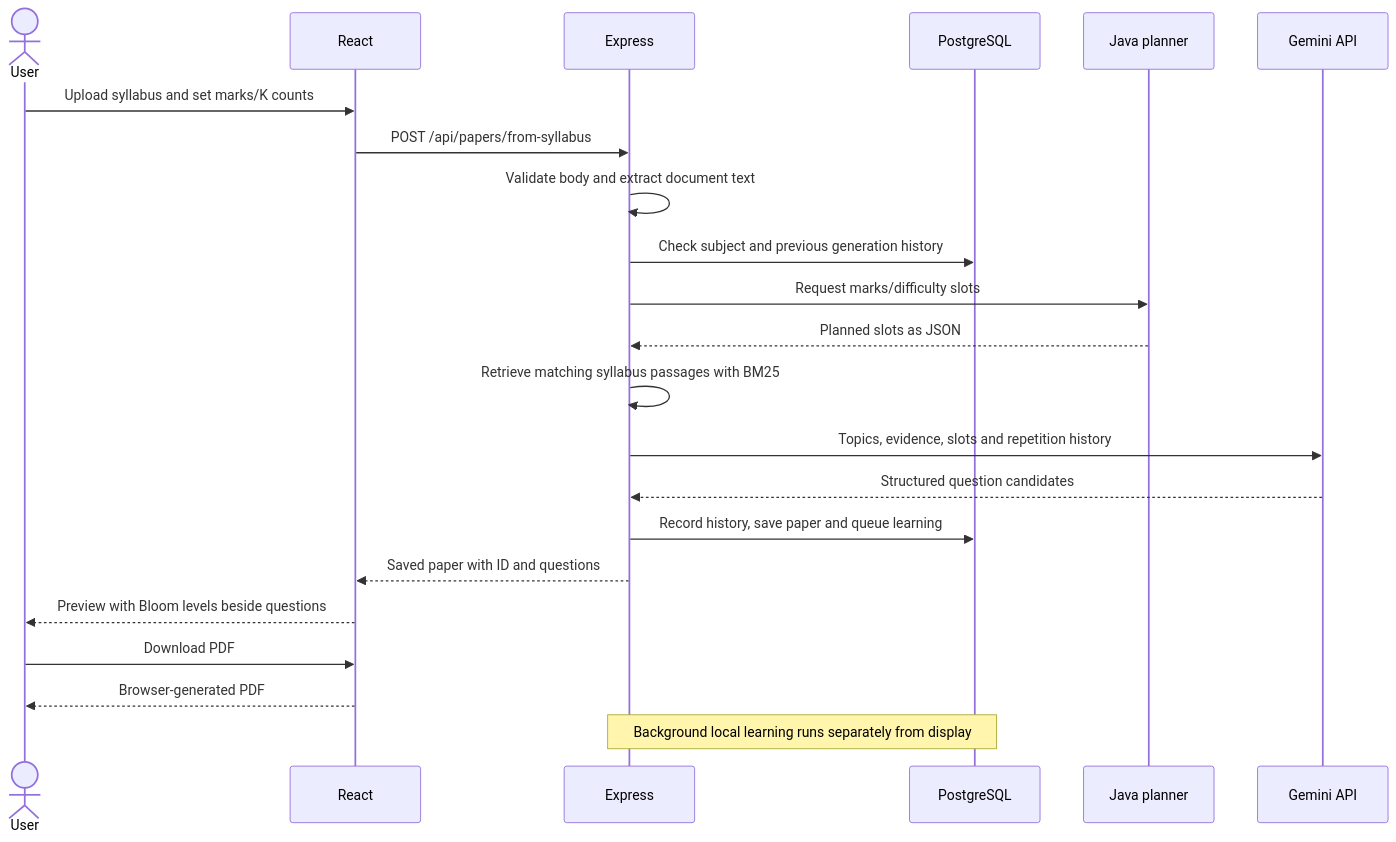
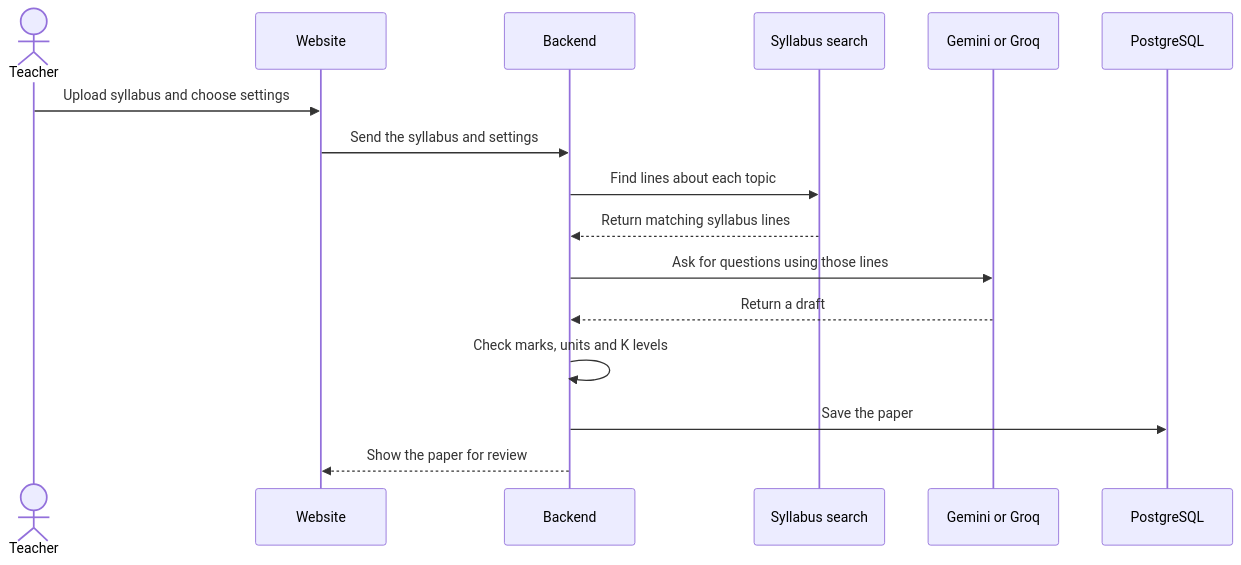
The eighth of 9 diagrams in README.md (irfanshafi21/mini-project), drawn with Mermaid before and after one commit. The commit also changed other lines of this file, not shown here.

````diff
--- a/README.md
+++ b/README.md
@@ -297,24 +224,18 @@
-```mermaid
+~~~mermaid
 sequenceDiagram
-  actor User
-  participant UI as React
-  participant API as Express
+  actor Teacher
+  participant Web as Website
+  participant Server as Backend
+  participant Search as Syllabus search
+  participant AI as Gemini or Groq
   participant DB as PostgreSQL
-  participant Java as Java planner
-  participant AI as Gemini API
-  User->>UI: Upload syllabus and set marks/K counts
-  UI->>API: POST /api/papers/from-syllabus
-  API->>API: Validate body and extract document text
-  API->>DB: Check subject and previous generation history
-  API->>Java: Request marks/difficulty slots
-  Java-->>API: Planned slots as JSON
-  API->>API: Retrieve matching syllabus passages with BM25
-  API->>AI: Topics, evidence, slots and repetition history
-  AI-->>API: Structured question candidates
-  API->>DB: Record history, save paper and queue learning
-  API-->>UI: Saved paper with ID and questions
-  UI-->>User: Preview with Bloom levels beside questions
-  User->>UI: Download PDF
-  UI-->>User: Browser-generated PDF
-  Note over API,DB: Background local learning runs separately from display
-```
+  Teacher->>Web: Upload syllabus and choose settings
+  Web->>Server: Send the syllabus and settings
+  Server->>Search: Find lines about each topic
+  Search-->>Server: Return matching syllabus lines
+  Server->>AI: Ask for questions using those lines
+  AI-->>Server: Return a draft
+  Server->>Server: Check marks, units and K levels
+  Server->>DB: Save the paper
+  Server-->>Web: Show the paper for review
+~~~
````
